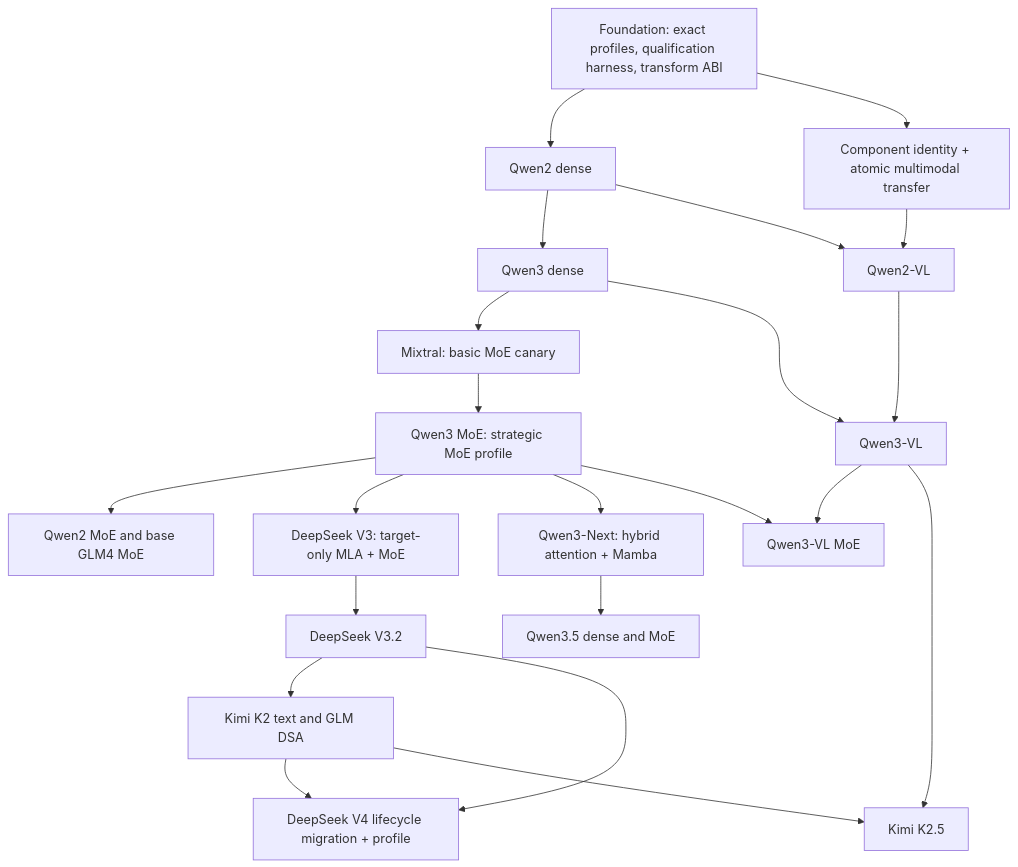
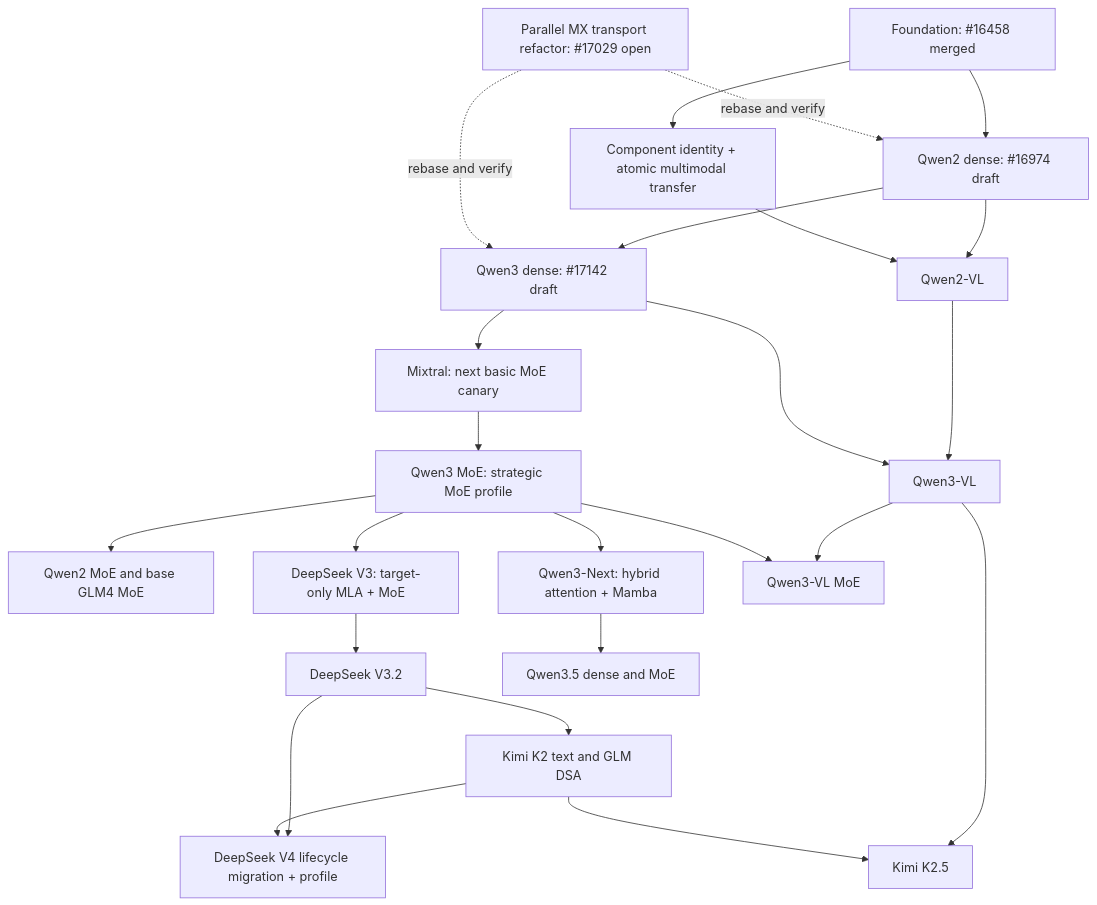
One commit to chienchunhung/TensorRT-LLM changed the diagram in docs/design/mx-gms-integration/21-mx-readiness-gaps-and-model-family-plan.md. Above: the diagram before and after it, drawn with Mermaid. The commit also changed other lines of this file, not shown here.

````diff
--- a/docs/design/mx-gms-integration/21-mx-readiness-gaps-and-model-family-plan.md
+++ b/docs/design/mx-gms-integration/21-mx-readiness-gaps-and-model-family-plan.md
@@ -636,28 +677,31 @@
 ```mermaid
 flowchart TD
-    F["Foundation: exact profiles, qualification harness, transform ABI"] --> Q2["Qwen2 dense"]
-    Q2 --> Q3["Qwen3 dense"]
-    Q3 --> M0["Mixtral: basic MoE canary"]
+    F["Foundation: #16458 merged"] --> Q2["Qwen2 dense: #16974 draft"]
+    Q2 --> Q3["Qwen3 dense: #17142 draft"]
+    Q3 --> M0["Mixtral: next basic MoE canary"]
     M0 --> M1["Qwen3 MoE: strategic MoE profile"]
     M1 --> M2["Qwen2 MoE and base GLM4 MoE"]
+
+    T["Parallel MX transport refactor: #17029 open"] -. rebase and verify .-> Q2
+    T -. rebase and verify .-> Q3
 
     M1 --> D3["DeepSeek V3: target-only MLA + MoE"]
     D3 --> D32["DeepSeek V3.2"]
     D32 --> DK["Kimi K2 text and GLM DSA"]
 
     M1 --> H0["Qwen3-Next: hybrid attention + Mamba"]
     H0 --> H1["Qwen3.5 dense and MoE"]
 
     D32 --> D4["DeepSeek V4 lifecycle migration + profile"]
     DK --> D4
 
     F --> MM["Component identity + atomic multimodal transfer"]
     Q2 --> Q2VL["Qwen2-VL"]
     MM --> Q2VL
     Q2VL --> Q3VL["Qwen3-VL"]
     Q3 --> Q3VL
     Q3VL --> Q3VLM["Qwen3-VL MoE"]
     M1 --> Q3VLM
     Q3VL --> K25["Kimi K2.5"]
     DK --> K25
 ```
````
